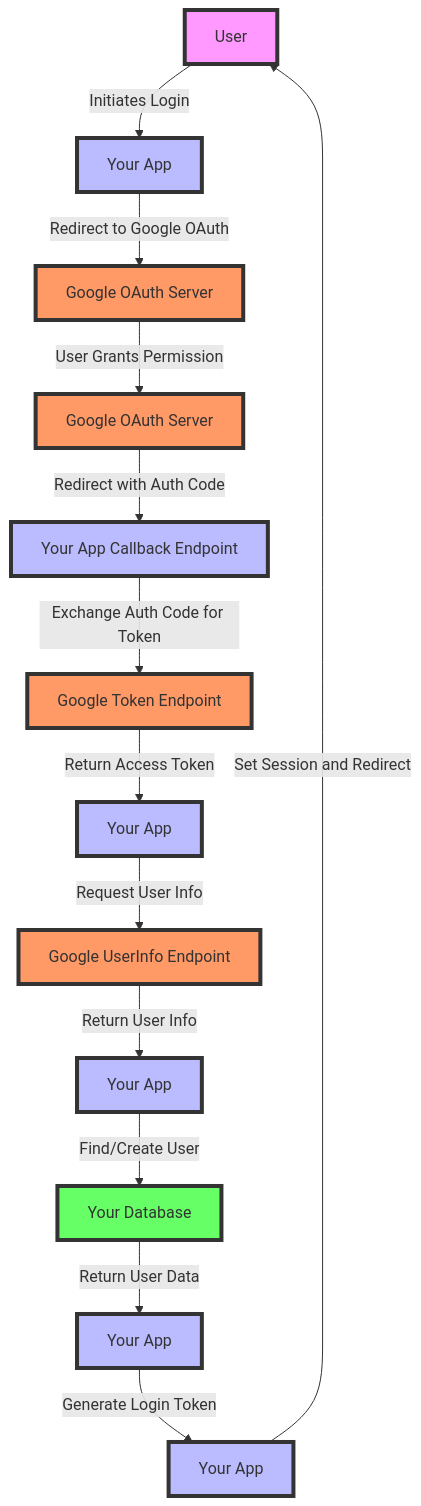
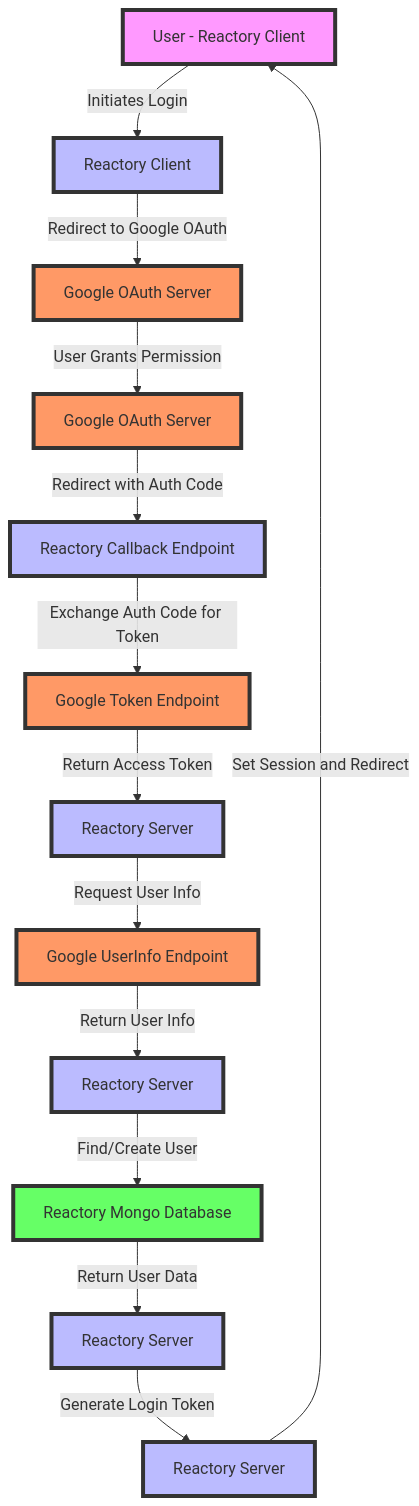
Before and after one commit to reactorynet/reactory-express-server: the diagram in src/authentication/strategies/google/readme.md, drawn with Mermaid. The commit also changed other lines of this file, not shown here.

````diff
--- a/src/authentication/strategies/google/readme.md
+++ b/src/authentication/strategies/google/readme.md
@@ -3,28 +6,28 @@
 ```mermaid
 graph TD
-    A[User] -->|Initiates Login| B[Your App]
+    A[User] -->|Initiates Login| B[Reactory Client]
     B -->|Redirect to Google OAuth| C[Google OAuth Server]
     C -->|User Grants Permission| D[Google OAuth Server]
-    D -->|Redirect with Auth Code| E[Your App Callback Endpoint]
+    D -->|Redirect with Auth Code| E[Reactory Callback Endpoint]
     E -->|Exchange Auth Code for Token| F[Google Token Endpoint]
-    F -->|Return Access Token| G[Your App]
+    F -->|Return Access Token| G[Reactory Server]
     G -->|Request User Info| H[Google UserInfo Endpoint]
-    H -->|Return User Info| I[Your App]
-    I -->|Find/Create User| J[Your Database]
-    J -->|Return User Data| K[Your App]
-    K -->|Generate Login Token| L[Your App]
-    L -->|Set Session and Redirect| A[User]
+    H -->|Return User Info| I[Reactory Server]
+    I -->|Find/Create User| J[Reactory Mongo Database]
+    J -->|Return User Data| K[Reactory Server]
+    K -->|Generate Login Token| L[Reactory Server]
+    L -->|Set Session and Redirect| A[User - Reactory Client]
 
     style A fill:#f9f,stroke:#333,stroke-width:4px
     style B fill:#bbf,stroke:#333,stroke-width:4px
     style C fill:#f96,stroke:#333,stroke-width:4px
     style D fill:#f96,stroke:#333,stroke-width:4px
     style E fill:#bbf,stroke:#333,stroke-width:4px
     style F fill:#f96,stroke:#333,stroke-width:4px
     style G fill:#bbf,stroke:#333,stroke-width:4px
     style H fill:#f96,stroke:#333,stroke-width:4px
     style I fill:#bbf,stroke:#333,stroke-width:4px
     style J fill:#6f6,stroke:#333,stroke-width:4px
     style K fill:#bbf,stroke:#333,stroke-width:4px
     style L fill:#bbf,stroke:#333,stroke-width:4px
 ```
````
